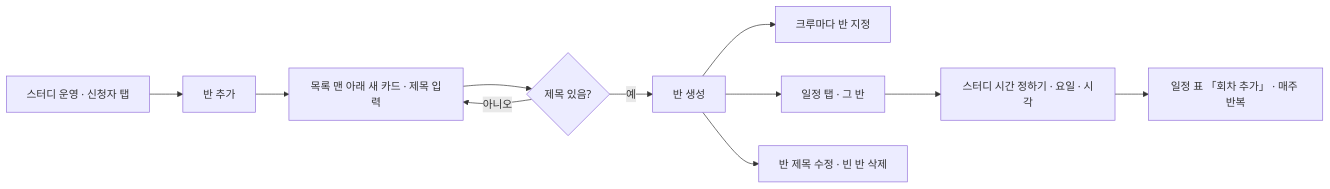
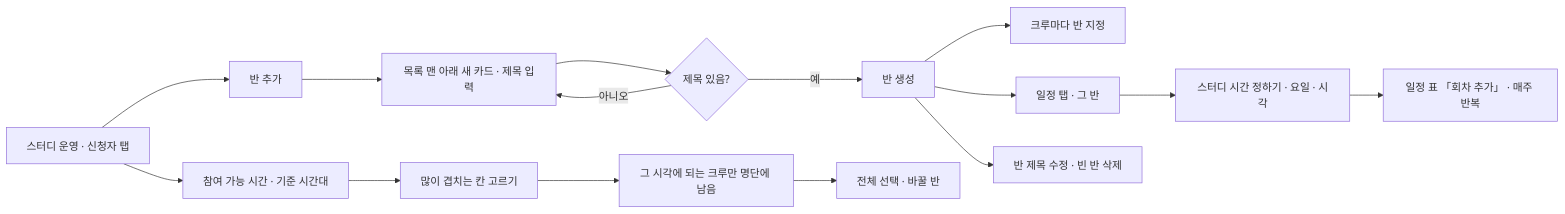
The first of 2 diagrams in 01-planning/stories/captain-assign-classes/PRD.md (StudyClub-PlusPlus/studyclub-engineering), drawn with Mermaid before and after one commit. The commit also changed other lines of this file and 45 other files, not shown here.

````diff
--- a/01-planning/stories/captain-assign-classes/PRD.md
+++ b/01-planning/stories/captain-assign-classes/PRD.md
@@ -11,13 +11,17 @@
 ```mermaid
 flowchart LR
   A["스터디 운영 · 신청자 탭"] --> B["반 추가"]
   B --> C["목록 맨 아래 새 카드 · 제목 입력"]
   C --> D{"제목 있음?"}
   D -->|아니오| C
   D -->|예| E["반 생성"]
+  A --> K["참여 가능 시간 · 기준 시간대"]
+  K --> L["많이 겹치는 칸 고르기"]
+  L --> M["그 시각에 되는 크루만 명단에 남음"]
+  M --> N["전체 선택 · 바꿀 반"]
   E --> F["크루마다 반 지정"]
   E --> G["일정 탭 · 그 반"]
   G --> H["스터디 시간 정하기 · 요일 · 시각"]
   H --> I["일정 표 「회차 추가」 · 매주 반복"]
   E --> J["반 제목 수정 · 빈 반 삭제"]
 ```
````
